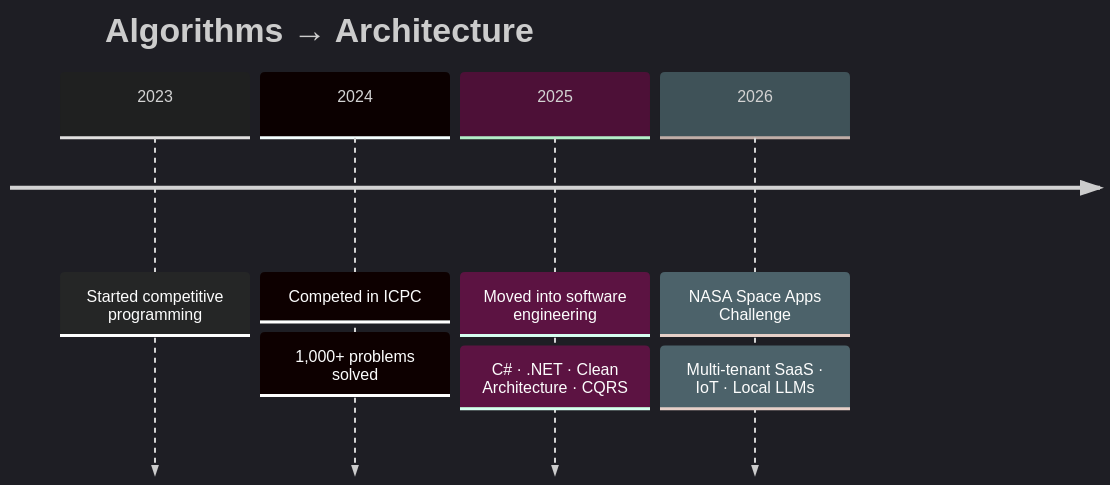
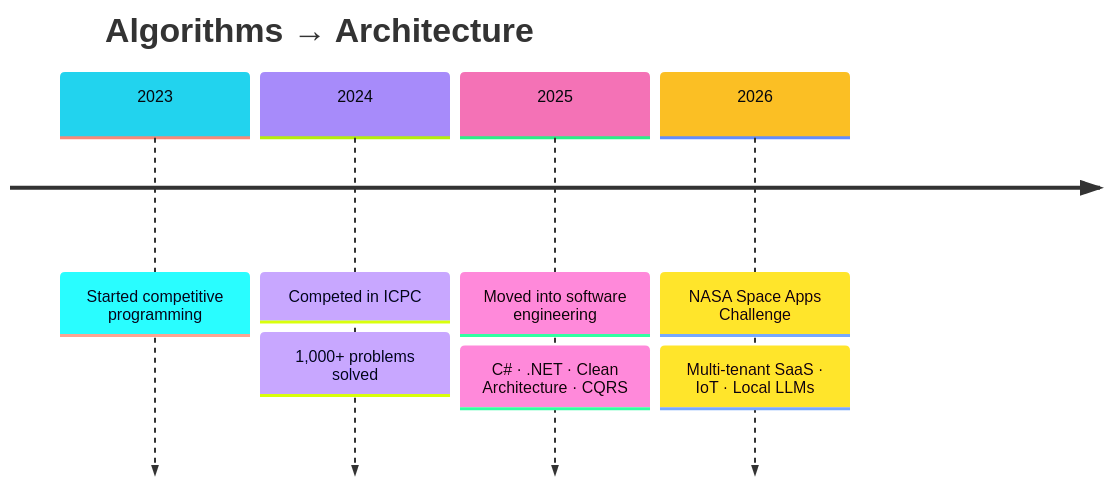
The second of 3 diagrams in README.md (FahadHasan8386/FahadHasan8386), drawn with Mermaid before and after one commit. The commit also changed other lines of this file, not shown here.

````diff
--- a/README.md
+++ b/README.md
@@ -93,12 +114,12 @@
 ```mermaid
-%%{init: {'theme':'dark'}}%%
+%%{init: {'theme':'base','themeVariables':{'cScale0':'#22d3ee','cScale1':'#a78bfa','cScale2':'#f472b6','cScale3':'#fbbf24','cScaleLabel0':'#05070d','cScaleLabel1':'#05070d','cScaleLabel2':'#05070d','cScaleLabel3':'#05070d'}}}%%
 timeline
     title Algorithms → Architecture
     2023 : Started competitive programming
     2024 : Competed in ICPC
          : 1,000+ problems solved
     2025 : Moved into software engineering
          : C# · .NET · Clean Architecture · CQRS
     2026 : NASA Space Apps Challenge
          : Multi-tenant SaaS · IoT · Local LLMs
 ```
````
